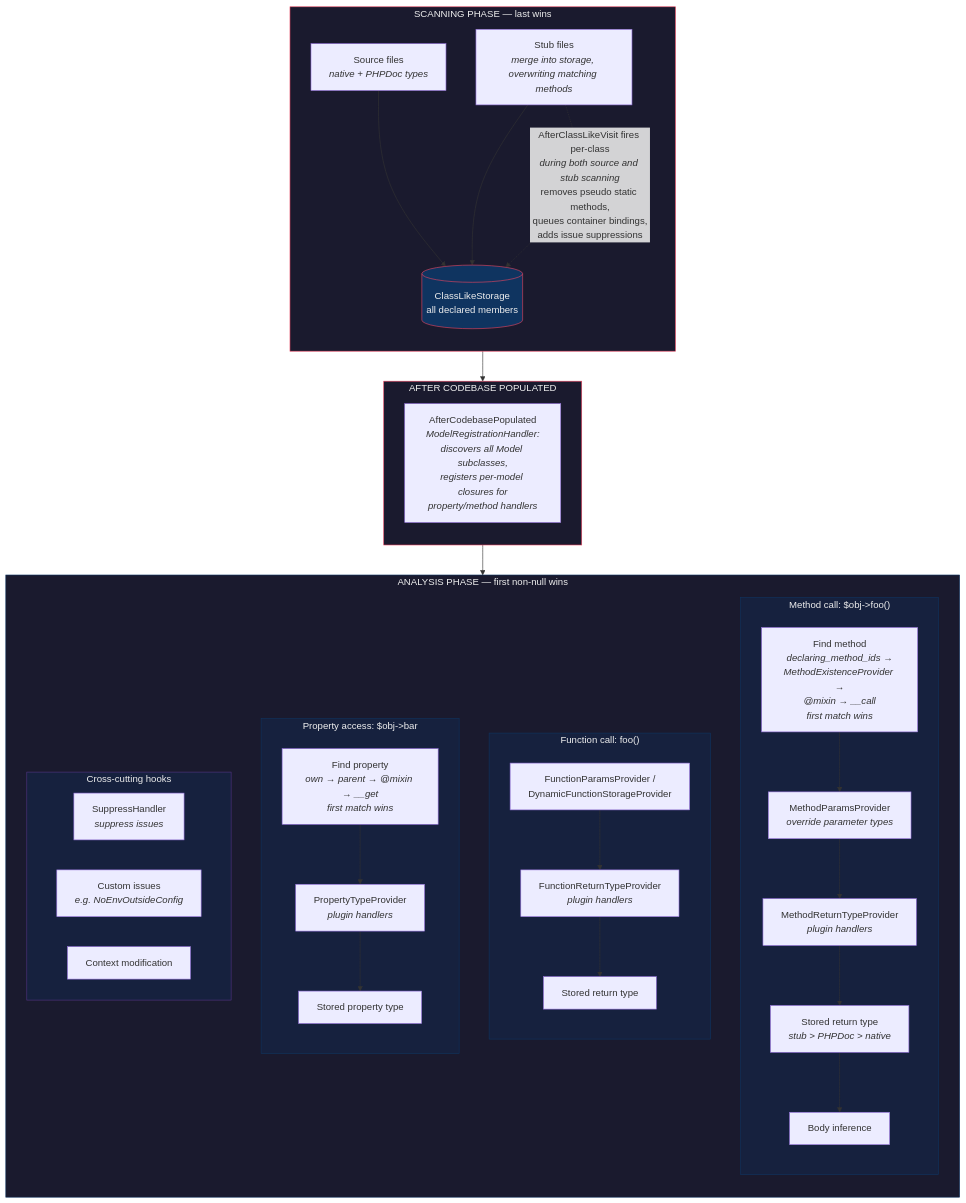
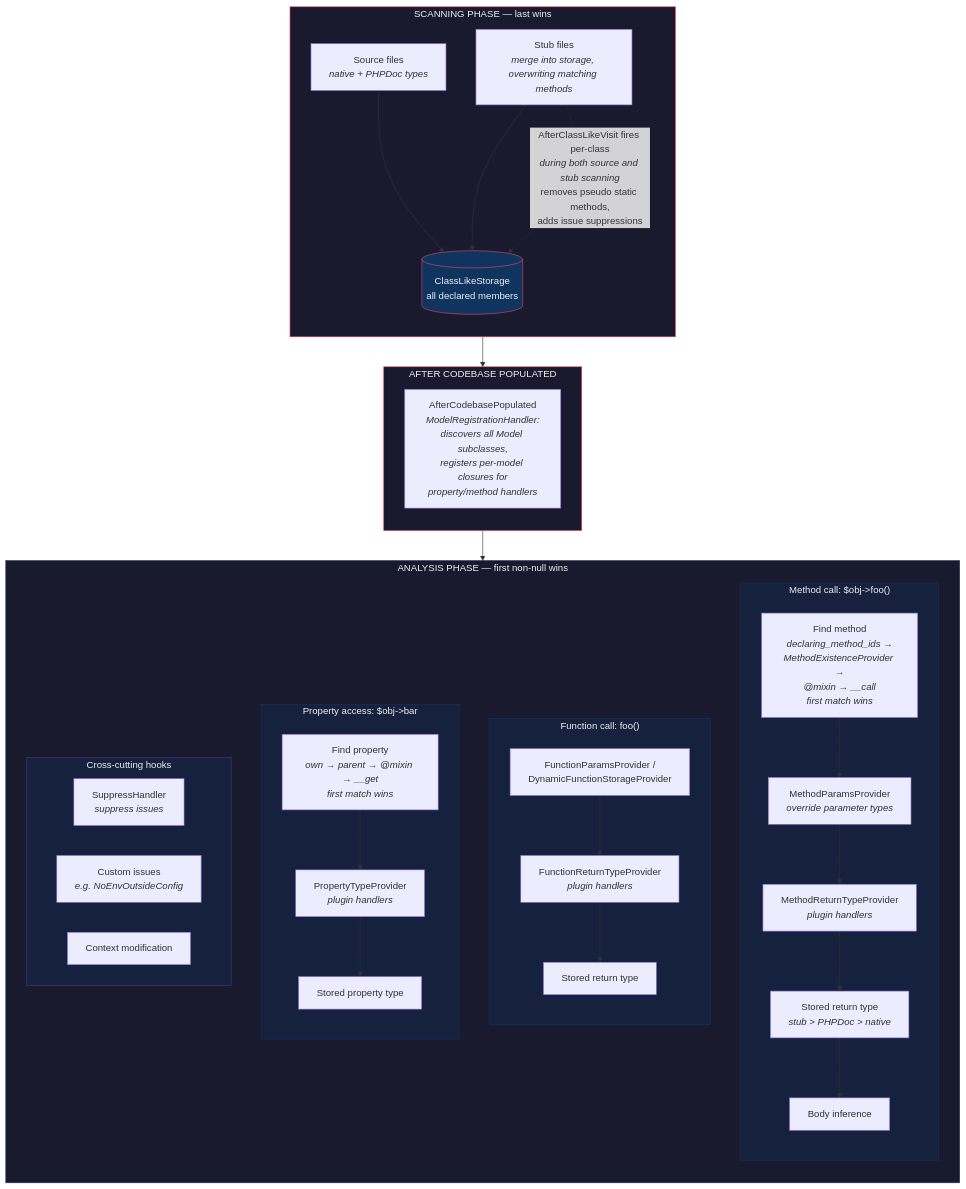
One commit to psalm/psalm-plugin-laravel changed the diagram in docs/contributing/laravel-magic-call-patterns.md. Above: the diagram before and after it, drawn with Mermaid. The commit also changed other lines of this file and 11 other files, not shown here.

First line of the commit message:
Optimisation: Queue container-bound classes once at plugin init instead of on every `Application` stub visit (#1799)

````diff
--- a/docs/contributing/laravel-magic-call-patterns.md
+++ b/docs/contributing/laravel-magic-call-patterns.md
@@ -693,69 +693,69 @@
 ```mermaid
 flowchart TD
     subgraph scanning["SCANNING PHASE — last wins"]
         direction TB
         src["Source files<br/><i>native + PHPDoc types</i>"]
         stubs["Stub files<br/><i>merge into storage, overwriting matching methods</i>"]
         storage[("ClassLikeStorage<br/>all declared members")]
 
         src --> storage
         stubs --> storage
-        stubs -. "AfterClassLikeVisit fires per-class<br/><i>during both source and stub scanning</i><br/>removes pseudo static methods,<br/>queues container bindings,<br/>adds issue suppressions" .-> storage
+        stubs -. "AfterClassLikeVisit fires per-class<br/><i>during both source and stub scanning</i><br/>removes pseudo static methods,<br/>adds issue suppressions" .-> storage
     end
 
     subgraph analysis["ANALYSIS PHASE — first non-null wins"]
         direction TB
 
         subgraph method["Method call: $obj->foo()"]
             direction TB
             m1["Find method<br/><i>declaring_method_ids →<br/>MethodExistenceProvider →<br/>@mixin → __call<br/>first match wins</i>"]
             m0["MethodParamsProvider<br/><i>override parameter types</i>"]
             m2["MethodReturnTypeProvider<br/><i>plugin handlers</i>"]
             m3["Stored return type<br/><i>stub > PHPDoc > native</i>"]
             m4["Body inference"]
 
             m1 --> m0 --> m2 --> m3 --> m4
         end
 
         subgraph func["Function call: foo()"]
             direction TB
             f0["FunctionParamsProvider /<br/>DynamicFunctionStorageProvider"]
             f1["FunctionReturnTypeProvider<br/><i>plugin handlers</i>"]
             f2["Stored return type"]
 
             f0 --> f1 --> f2
         end
 
         subgraph prop["Property access: $obj->bar"]
             direction TB
             p1["Find property<br/><i>own → parent → @mixin → __get<br/>first match wins</i>"]
             p2["PropertyTypeProvider<br/><i>plugin handlers</i>"]
             p3["Stored property type"]
 
             p1 --> p2 --> p3
         end
 
         subgraph hooks["Cross-cutting hooks"]
             direction LR
             h1["SuppressHandler<br/><i>suppress issues</i>"]
             h2["Custom issues<br/><i>e.g. NoEnvOutsideConfig</i>"]
             h3["Context modification"]
         end
     end
 
     subgraph population["AFTER CODEBASE POPULATED"]
         direction TB
         acp["AfterCodebasePopulated<br/><i>ModelRegistrationHandler:<br/>discovers all Model subclasses,<br/>registers per-model closures for<br/>property/method handlers</i>"]
     end
 
     scanning --> population --> analysis
 
     style scanning fill:#1a1a2e,stroke:#e94560,color:#eee
     style population fill:#1a1a2e,stroke:#e94560,color:#eee
     style analysis fill:#1a1a2e,stroke:#0f3460,color:#eee
     style method fill:#16213e,stroke:#0f3460,color:#eee
     style func fill:#16213e,stroke:#0f3460,color:#eee
     style prop fill:#16213e,stroke:#0f3460,color:#eee
     style hooks fill:#16213e,stroke:#533483,color:#eee
     style storage fill:#0f3460,stroke:#e94560,color:#eee
 ```
````
